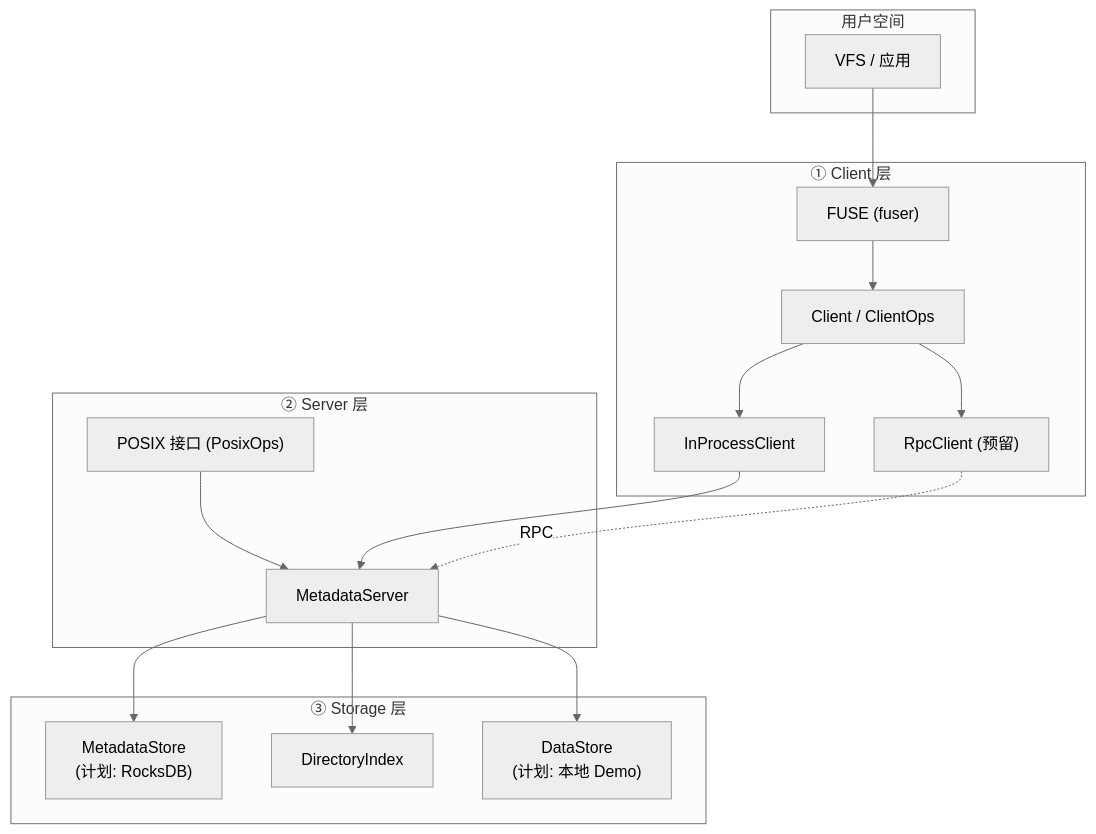
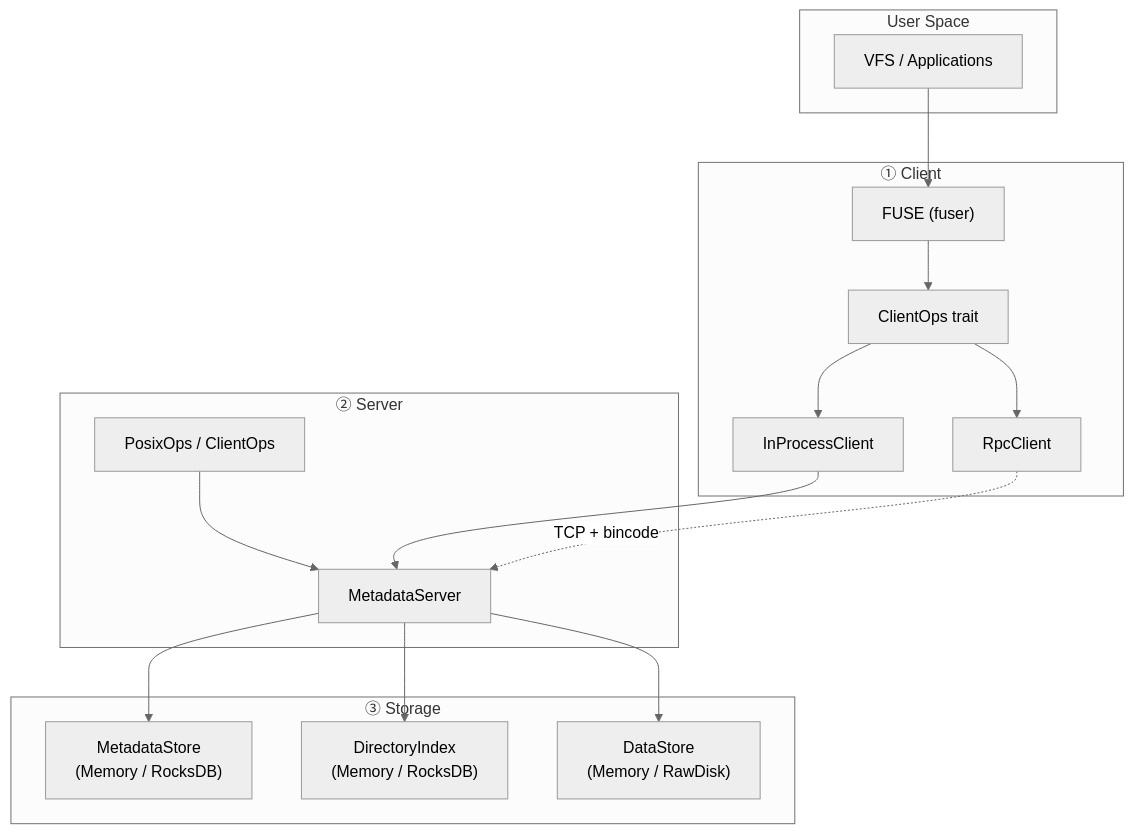
Before and after one commit to csjgg/rucksfs: the diagram in README.md, drawn with Mermaid (neutral theme). The commit also changed other lines of this file and 1 other file, not shown here.

````diff
--- a/README.md
+++ b/README.md
@@ -55,35 +39,35 @@
 ```mermaid
 flowchart TB
-    subgraph App["用户空间"]
-        VFS["VFS / 应用"]
+    subgraph App["User Space"]
+        VFS["VFS / Applications"]
     end
 
-    subgraph Client["① Client 层"]
+    subgraph Client["① Client"]
         FUSE["FUSE (fuser)"]
-        ClientTrait["Client / ClientOps"]
+        ClientTrait["ClientOps trait"]
         InProcess["InProcessClient"]
-        RPCClient["RpcClient (预留)"]
+        RPCClient["RpcClient"]
         FUSE --> ClientTrait
         ClientTrait --> InProcess
         ClientTrait --> RPCClient
     end
 
-    subgraph Server["② Server 层"]
-        Posix["POSIX 接口 (PosixOps)"]
+    subgraph Server["② Server"]
+        Posix["PosixOps / ClientOps"]
         MetaServer["MetadataServer"]
         Posix --> MetaServer
     end
 
-    subgraph Storage["③ Storage 层"]
-        MetaStore["MetadataStore\n(计划: RocksDB)"]
-        DirIndex["DirectoryIndex"]
-        DataStore["DataStore\n(计划: 本地 Demo)"]
+    subgraph Storage["③ Storage"]
+        MetaStore["MetadataStore\n(Memory / RocksDB)"]
+        DirIndex["DirectoryIndex\n(Memory / RocksDB)"]
+        DataStore["DataStore\n(Memory / RawDisk)"]
     end
 
     VFS --> FUSE
     InProcess --> MetaServer
-    RPCClient -.->|"RPC"| MetaServer
+    RPCClient -.->|"TCP + bincode"| MetaServer
     MetaServer --> MetaStore
     MetaServer --> DirIndex
     MetaServer --> DataStore
 ```
````
